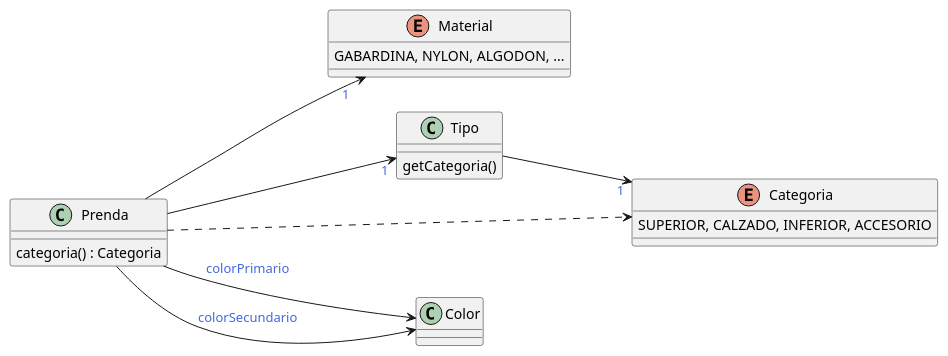
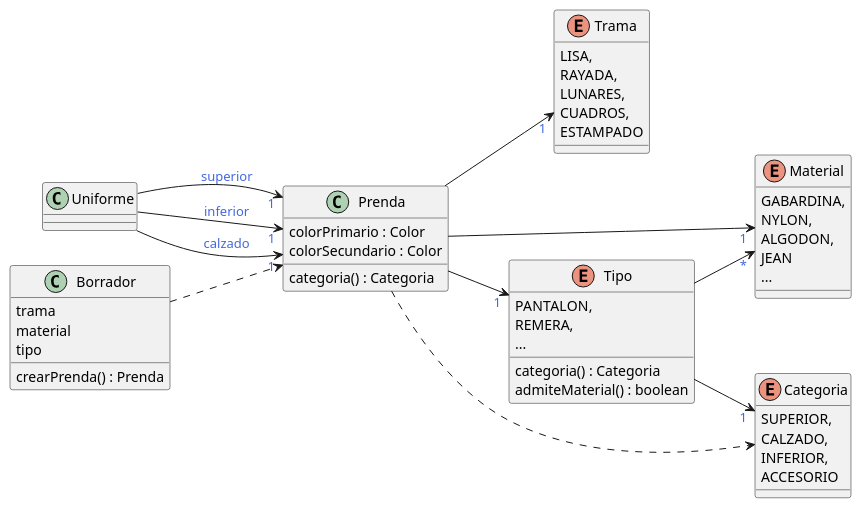
One commit to ariel-/tp-dds-qmp changed the diagram in assets/qmp.puml. Above: the diagram before and after it, drawn with PlantUML. The commit also changed 6 other files, not shown here.

```diff
--- a/assets/qmp.puml
+++ b/assets/qmp.puml
@@ -1,25 +1,62 @@
 @startuml
 left to right direction
 skinparam backgroundColor transparent
 skinparam arrowFontColor royalblue
 
+class Uniforme
 class Prenda {
+    colorPrimario : Color
+    colorSecundario : Color
     categoria() : Categoria
 }
+enum Trama {
+    LISA,
+    RAYADA,
+    LUNARES,
+    CUADROS,
+    ESTAMPADO
+}
 enum Material {
-    GABARDINA, NYLON, ALGODON, ...
+    GABARDINA,
+    NYLON,
+    ALGODON,
+    JEAN
+    ...
 }
-class Tipo {
-    getCategoria()
+enum Tipo {
+    PANTALON,
+    REMERA,
+    ...
+
+    categoria() : Categoria
+    admiteMaterial() : boolean
 }
 enum Categoria {
-    SUPERIOR, CALZADO, INFERIOR, ACCESORIO
+    SUPERIOR,
+    CALZADO,
+    INFERIOR,
+    ACCESORIO
 }
-class Color
-Prenda --> Color : colorPrimario
-Prenda --> Color : colorSecundario
+class Borrador {
+    trama
+    material
+    tipo
+
+    crearPrenda() : Prenda
+}
+
+Borrador ..> Prenda
+
 Prenda --> "1" Material
+Prenda --> "1" Trama
+Prenda --> "1" Tipo
+
 Prenda ..> Categoria
-Prenda --> "1" Tipo
+
 Tipo --> "1" Categoria
+Tipo --> "*" Material
+
+Uniforme --> "1" Prenda : superior
+Uniforme --> "1" Prenda : inferior
+Uniforme --> "1" Prenda : calzado
 @enduml
```
